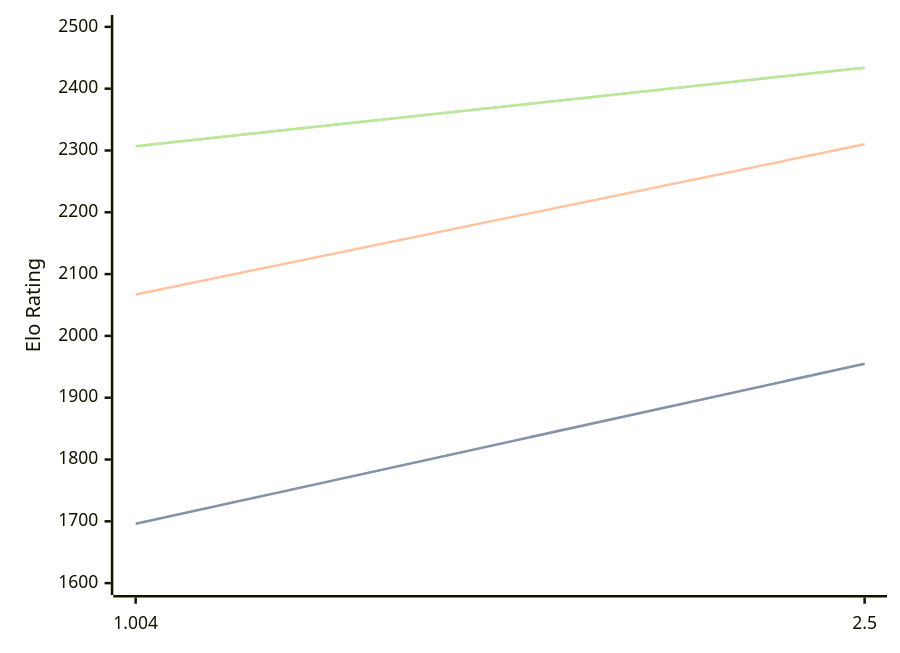
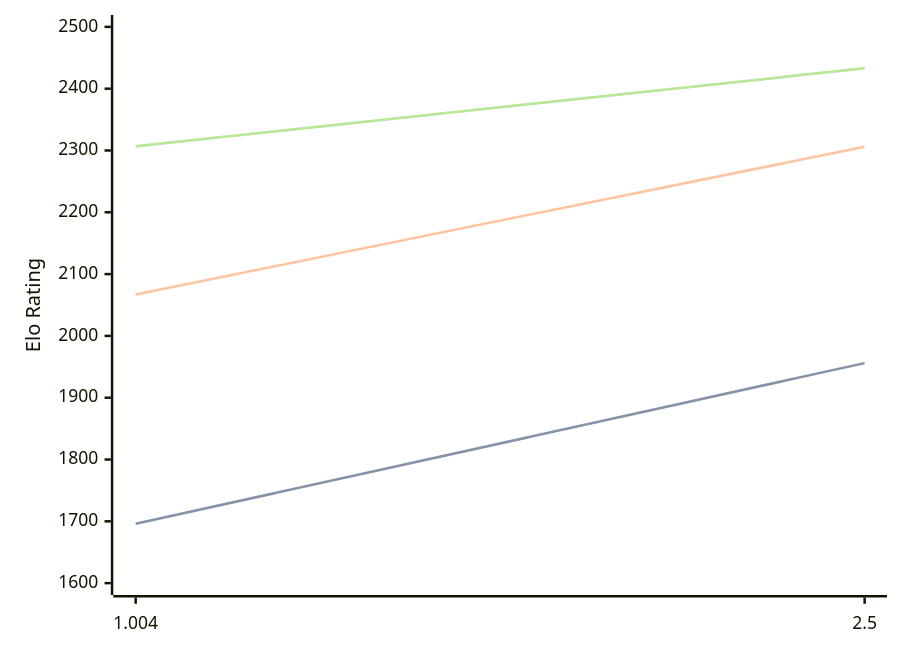
The diagram in engines/Ares.md (computer-chess-index/cci), drawn with Mermaid before and after one commit. The commit also changed other lines of this file, not shown here.

Commit message:
Update CCI Ratings (ELO VLTC) - 2026-08-02

````diff
--- a/engines/Ares.md
+++ b/engines/Ares.md
@@ -32,11 +32,11 @@
 ```mermaid
 %%{init: {"theme":"base","themeVariables":{"seriesColors:['#a3a3a3','#222221','#faa371']}}}%%
 xychart-beta
   x-axis ["1.004", "2.5"]
   y-axis "Elo Rating" 1600 --> 2500
-  line "STC (8.0+0.08s)" [1696, 1955]
-  line "STC (8.0+0.08s)" [1696, 1955]
-  line "LTC (60.0+0.60s)" [2067, 2310]
-  line "VLTC (2m24s+1.12s)" [2307, 2434]
-  line "VLTC (2m24s+1.12s)" [2307, 2434]
+  line "STC (8.0+0.08s)" [1696, 1956]
+  line "STC (8.0+0.08s)" [1696, 1956]
+  line "LTC (60.0+0.60s)" [2067, 2306]
+  line "VLTC (2m24s+1.12s)" [2307, 2433]
+  line "VLTC (2m24s+1.12s)" [2307, 2433]
 ```
````
